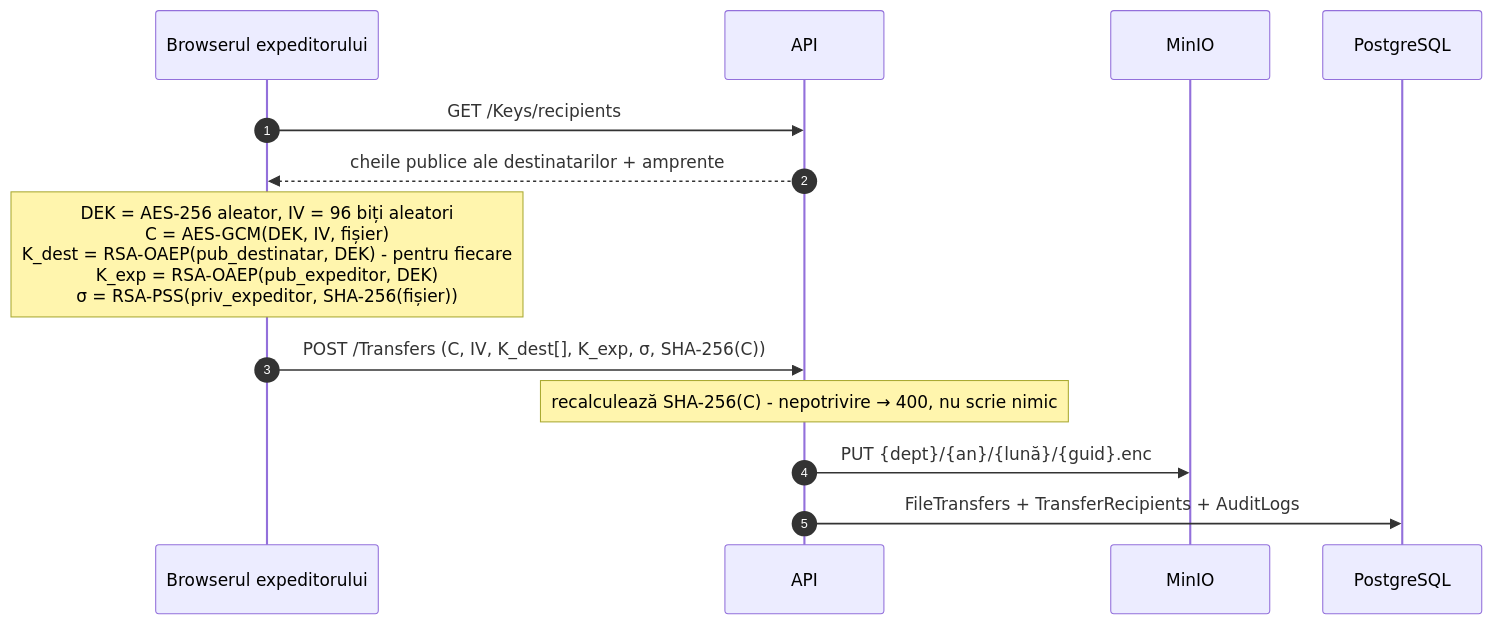
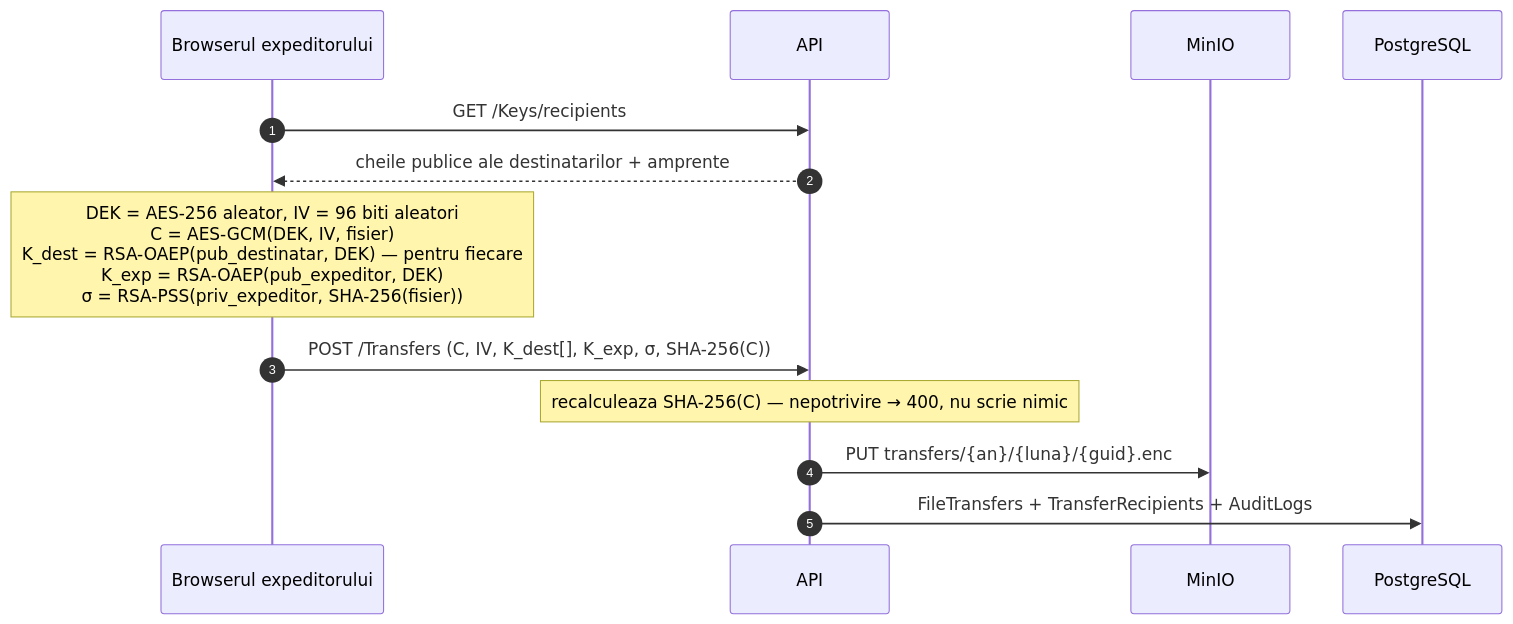
One commit to Danielus-hehe/mai-secure-platform changed the third of 5 diagrams in README.md. Above: the diagram before and after it, drawn with Mermaid. The commit also changed other lines of this file and 3 other files, not shown here.

````diff
--- a/README.md
+++ b/README.md
@@ -245,16 +257,16 @@
 ```mermaid
 sequenceDiagram
     autonumber
     participant BA as Browserul expeditorului
     participant S as API
     participant M as MinIO
     participant DB as PostgreSQL
 
     BA->>S: GET /Keys/recipients
     S-->>BA: cheile publice ale destinatarilor + amprente
-    Note over BA: DEK = AES-256 aleator, IV = 96 biți aleatori<br/>C = AES-GCM(DEK, IV, fișier)<br/>K_dest = RSA-OAEP(pub_destinatar, DEK) - pentru fiecare<br/>K_exp  = RSA-OAEP(pub_expeditor, DEK)<br/>σ = RSA-PSS(priv_expeditor, SHA-256(fișier))
+    Note over BA: DEK = AES-256 aleator, IV = 96 biti aleatori<br/>C = AES-GCM(DEK, IV, fisier)<br/>K_dest = RSA-OAEP(pub_destinatar, DEK) — pentru fiecare<br/>K_exp  = RSA-OAEP(pub_expeditor, DEK)<br/>σ = RSA-PSS(priv_expeditor, SHA-256(fisier))
     BA->>S: POST /Transfers (C, IV, K_dest[], K_exp, σ, SHA-256(C))
-    Note over S: recalculează SHA-256(C) - nepotrivire → 400, nu scrie nimic
-    S->>M: PUT {dept}/{an}/{lună}/{guid}.enc
+    Note over S: recalculeaza SHA-256(C) — nepotrivire → 400, nu scrie nimic
+    S->>M: PUT transfers/{an}/{luna}/{guid}.enc
     S->>DB: FileTransfers + TransferRecipients + AuditLogs
 ```
````
